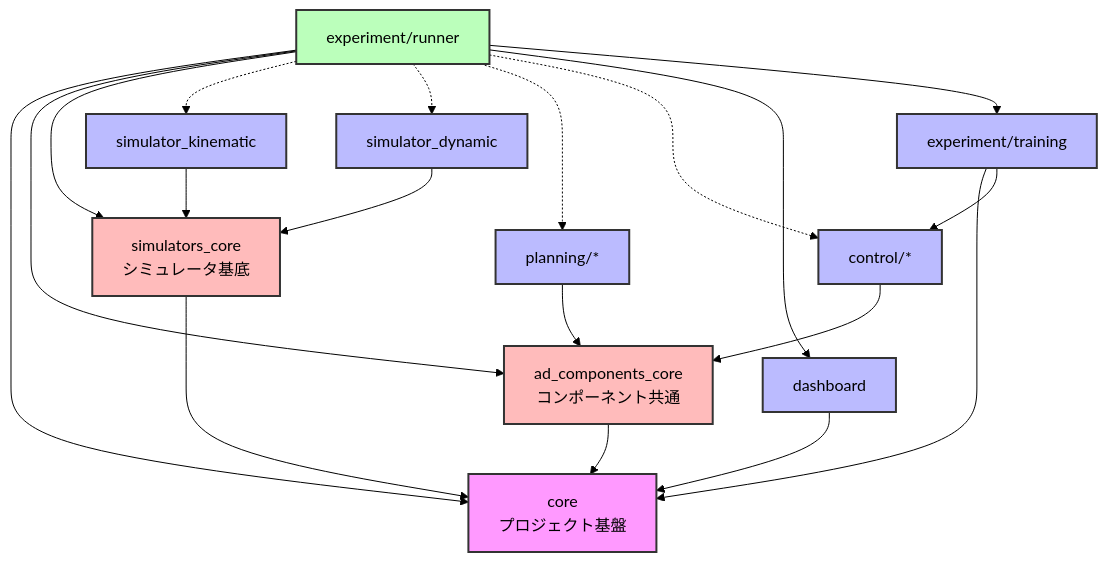
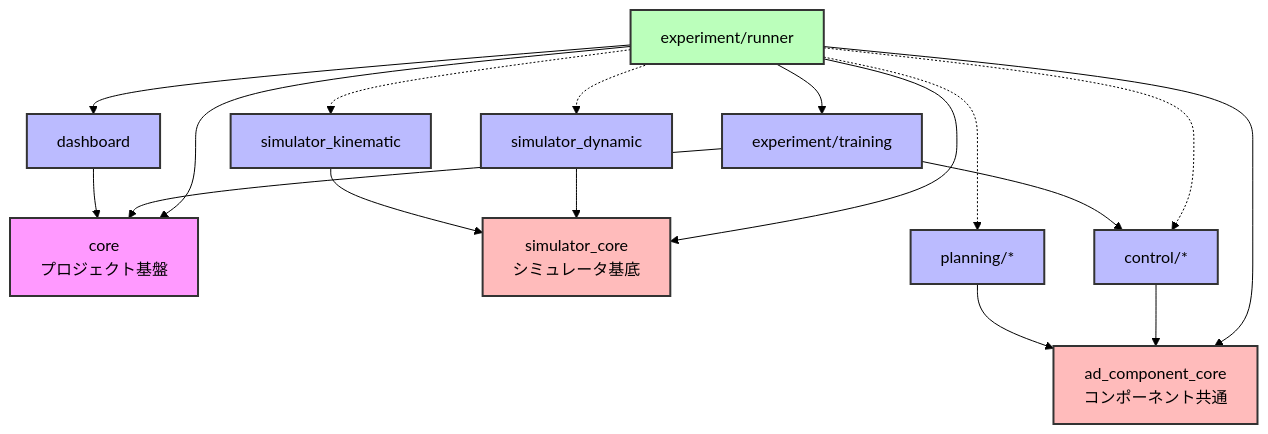
The diagram in README.md (masahiro-kubota/python-self-driving-simulator), drawn with Mermaid (forest theme) before and after one commit. The commit also changed 36 other files, not shown here.

````diff
--- a/README.md
+++ b/README.md
@@ -99,48 +99,44 @@
 ```mermaid
 graph TD
     %% Core Framework
     Core[core<br/>プロジェクト基盤]
-    ADCompCore[ad_components_core<br/>コンポーネント共通]
-    SimCore[simulators_core<br/>シミュレータ基底]
-
-    %% Core dependencies
-    ADCompCore --> Core
-    SimCore --> Core
+    ADCompCore[ad_component_core<br/>コンポーネント共通]
+    SimCore[simulator_core<br/>シミュレータ基底]
 
     %% Simulators
     SimKin[simulator_kinematic] --> SimCore
     SimDyn[simulator_dynamic] --> SimCore
 
     %% Components
     Planning[planning/*] --> ADCompCore
     Control[control/*] --> ADCompCore
 
     %% Dashboard
     Dash[dashboard] --> Core
 
     %% Training
     Train[experiment/training] --> Core
     Train --> Control
 
     %% Experiment Runner
     Runner[experiment/runner] --> Core
     Runner --> ADCompCore
     Runner --> SimCore
     Runner -.-> SimKin
     Runner -.-> SimDyn
     Runner -.-> Planning
     Runner -.-> Control
     Runner --> Dash
     Runner --> Train
 
     %% Styling
     classDef core fill:#f9f,stroke:#333,stroke-width:2px;
     classDef base fill:#fbb,stroke:#333,stroke-width:2px;
     classDef impl fill:#bbf,stroke:#333,stroke-width:2px;
     classDef app fill:#bfb,stroke:#333,stroke-width:2px;
 
     class Core core;
     class ADCompCore,SimCore base;
     class SimKin,SimDyn,Planning,Control,Dash,Train impl;
     class Runner app;
 ```
````
